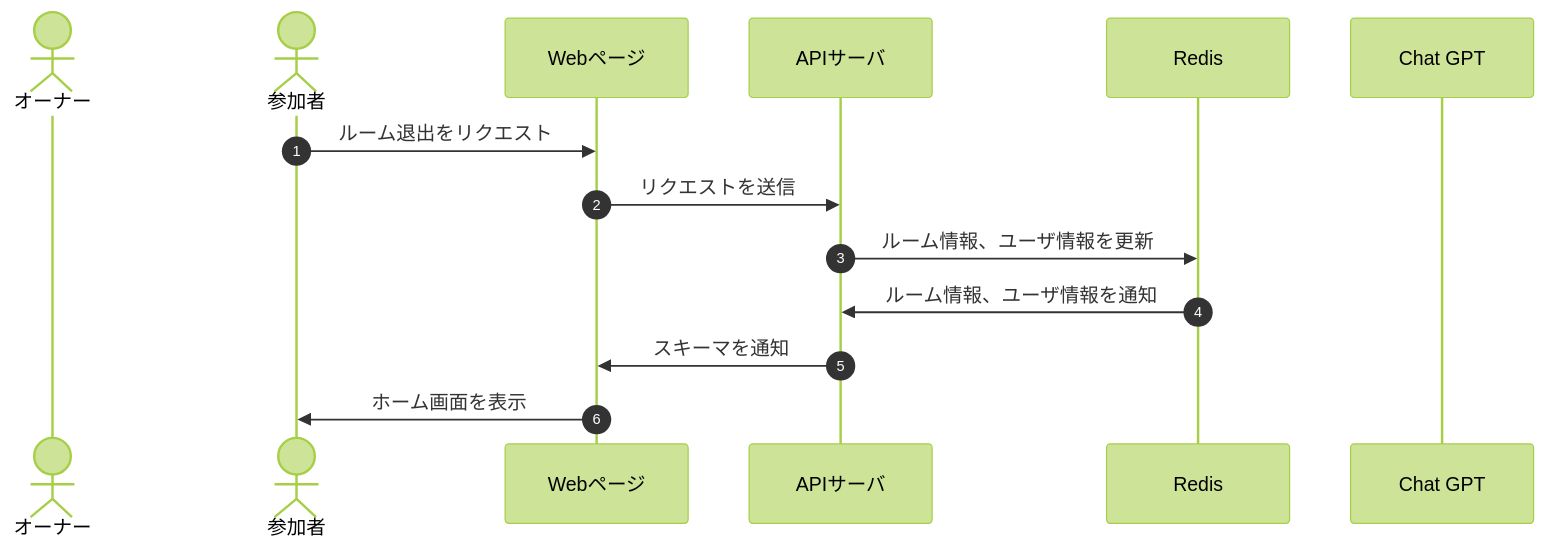
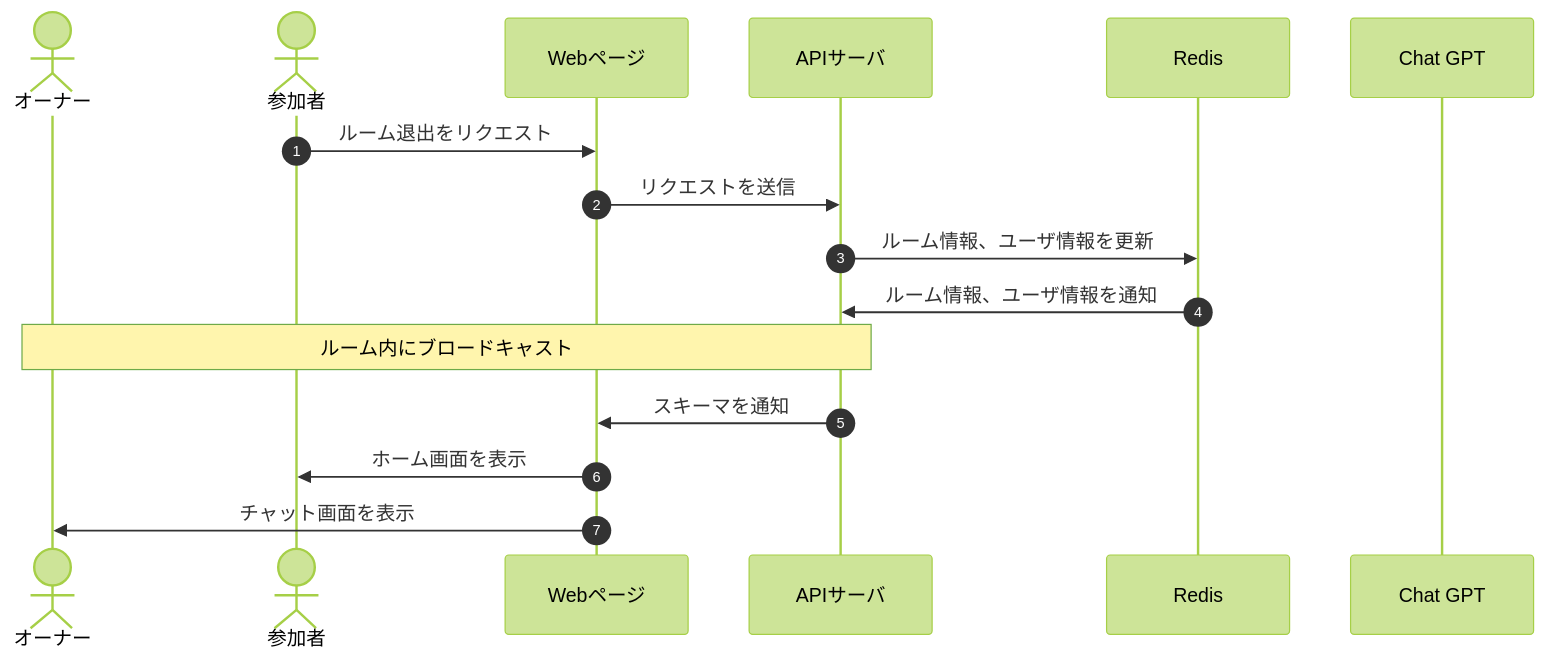
Before and after one commit to Tanakaryuki/chat_wolf: the diagram in docs/DesignDog/3_ルーム退出.md, drawn with Mermaid (forest theme). The commit also changed 2 other files, not shown here.

Commit message:
docs: 📄 ブロードキャストの修正

````diff
--- a/docs/DesignDog/3_ルーム退出.md
+++ b/docs/DesignDog/3_ルーム退出.md
@@ -11,17 +11,19 @@
 ```mermaid
 sequenceDiagram
     autonumber
     actor owner as オーナー
     actor participants as 参加者
     participant front as Webページ
     participant api as APIサーバ
     participant db as Redis
     participant ai as Chat GPT
 
     participants->>front: ルーム退出をリクエスト
     front->>api: リクエストを送信
     api->>db: ルーム情報、ユーザ情報を更新
     db->>api: ルーム情報、ユーザ情報を通知
+    Note over owner,api: ルーム内にブロードキャスト
     api->>front: スキーマを通知
     front->>participants: ホーム画面を表示
+    front->>owner: チャット画面を表示
 ```
````
